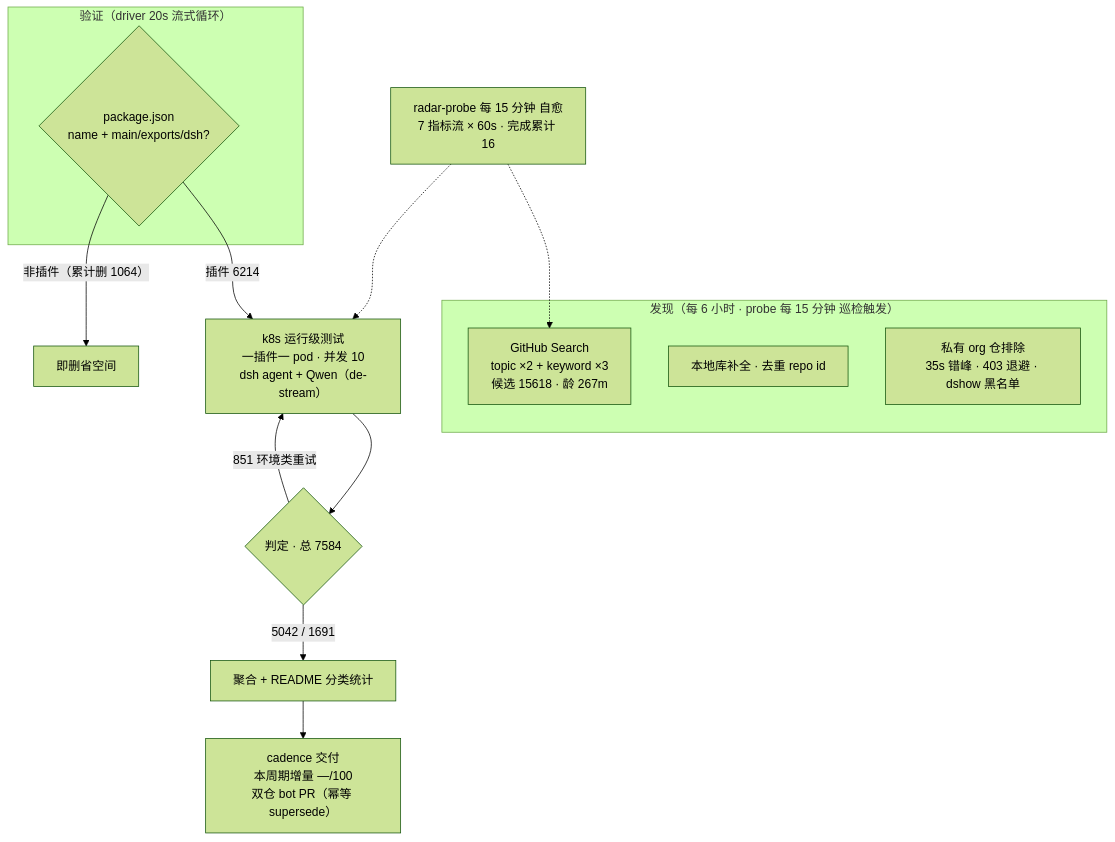
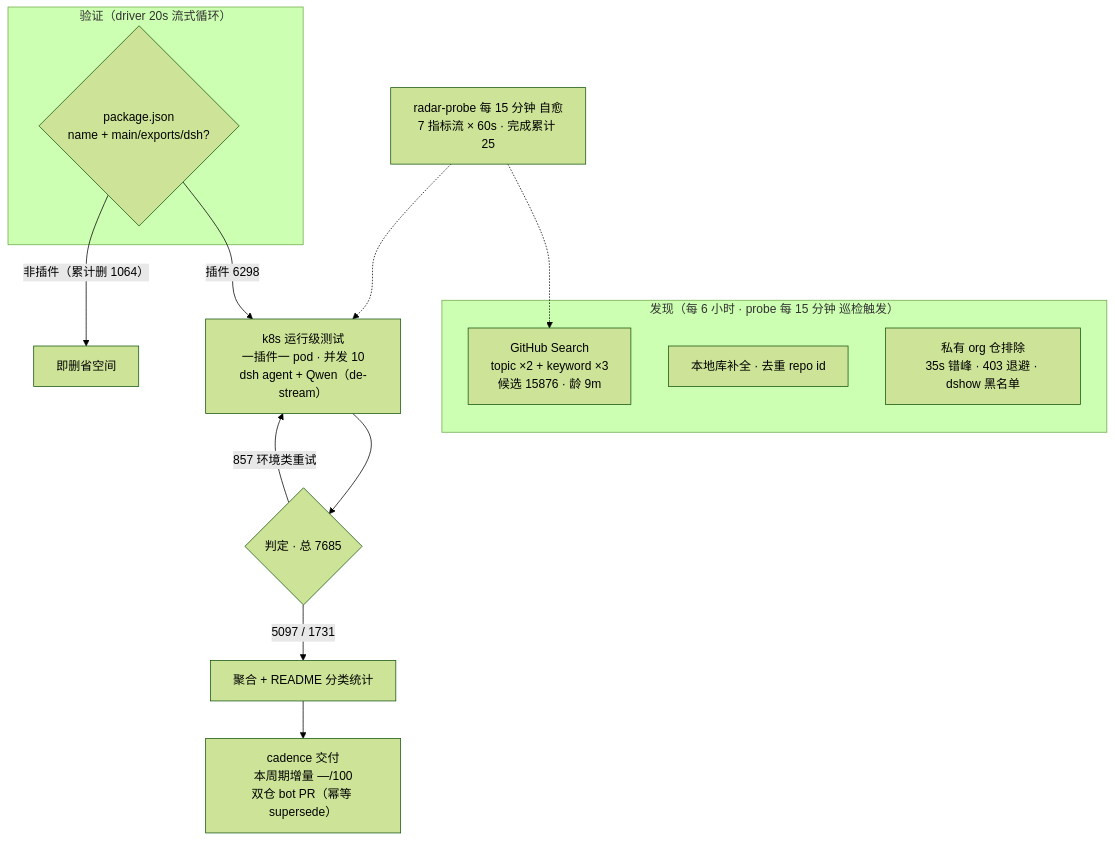
The diagram in README.md (Zhidao-Lab-OSS/awesome-dsh-plugins), drawn with Mermaid (forest theme) before and after one commit. The commit also changed other lines of this file and 1 other file, not shown here.

````diff
--- a/README.md
+++ b/README.md
@@ -37,20 +37,20 @@
 ```mermaid
 flowchart TB
     subgraph Discovery["发现（每 6 小时 · probe 每 15 分钟 巡检触发）"]
-        A1["GitHub Search<br/>topic ×2 + keyword ×3<br/>候选 15618 · 龄 267m"]
+        A1["GitHub Search<br/>topic ×2 + keyword ×3<br/>候选 15876 · 龄 9m"]
         A2["本地库补全 · 去重 repo id"]
         A3["私有 org 仓排除<br/>35s 错峰 · 403 退避 · dshow 黑名单"]
     end
     subgraph Validation["验证（driver 20s 流式循环）"]
         B1{"package.json<br/>name + main/exports/dsh?"}
     end
-    B1 -->|"插件 6214"| C1["k8s 运行级测试<br/>一插件一 pod · 并发 10<br/>dsh agent + Qwen（de-stream）"]
+    B1 -->|"插件 6298"| C1["k8s 运行级测试<br/>一插件一 pod · 并发 10<br/>dsh agent + Qwen（de-stream）"]
     B1 -->|"非插件（累计删 1064）"| B3["即删省空间"]
-    C1 --> D1{"判定 · 总 7584"}
-    D1 -->|"5042 / 1691"| E1["聚合 + README 分类统计"]
-    D1 -->|"851 环境类重试"| C1
+    C1 --> D1{"判定 · 总 7685"}
+    D1 -->|"5097 / 1731"| E1["聚合 + README 分类统计"]
+    D1 -->|"857 环境类重试"| C1
     E1 --> E2["cadence 交付<br/>本周期增量 —/100<br/>双仓 bot PR（幂等 supersede）"]
-    M["radar-probe 每 15 分钟 自愈<br/>7 指标流 × 60s · 完成累计 16"]
+    M["radar-probe 每 15 分钟 自愈<br/>7 指标流 × 60s · 完成累计 25"]
     M -.-> A1
     M -.-> C1
 ```
````
